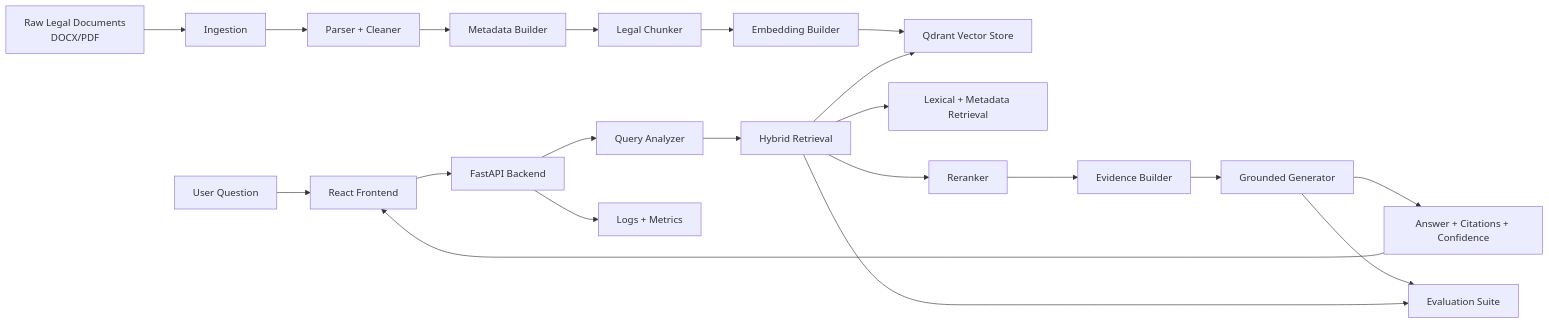
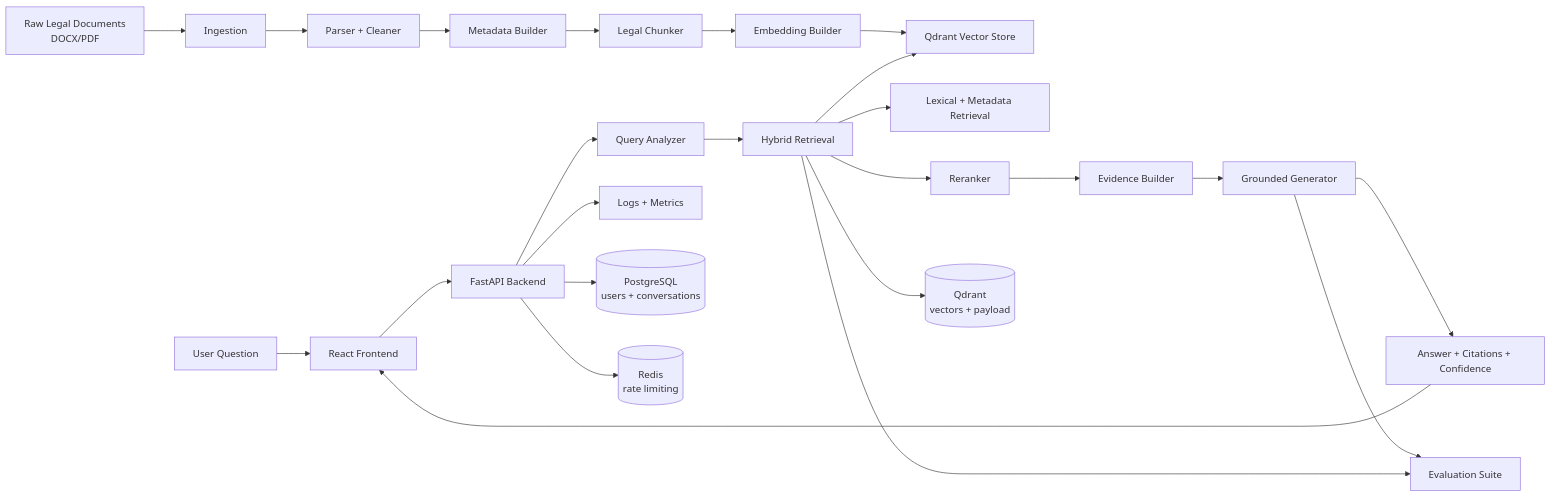
The diagram in README.md (nbtt2k3/Vietnamese-Legal-RAG-Assistant), drawn with Mermaid before and after one commit. The commit also changed other lines of this file and 68 other files, not shown here.

````diff
--- a/README.md
+++ b/README.md
@@ -22,25 +22,29 @@
 ```mermaid
 flowchart LR
     A[Raw Legal Documents<br/>DOCX/PDF] --> B[Ingestion]
     B --> C[Parser + Cleaner]
     C --> D[Metadata Builder]
     D --> E[Legal Chunker]
     E --> F[Embedding Builder]
     F --> G[Qdrant Vector Store]
 
     U[User Question] --> FE[React Frontend]
     FE --> API[FastAPI Backend]
     API --> QA[Query Analyzer]
     QA --> R[Hybrid Retrieval]
     R --> G
     R --> LX[Lexical + Metadata Retrieval]
     R --> RR[Reranker]
     RR --> EB[Evidence Builder]
     EB --> GEN[Grounded Generator]
     GEN --> OUT[Answer + Citations + Confidence]
     OUT --> FE
 
     API --> OBS[Logs + Metrics]
     GEN --> EV[Evaluation Suite]
     R --> EV
+
+    API --> PG[(PostgreSQL<br/>users + conversations)]
+    API --> REDIS[(Redis<br/>rate limiting)]
+    R --> QD[(Qdrant<br/>vectors + payload)]
 ```
````
